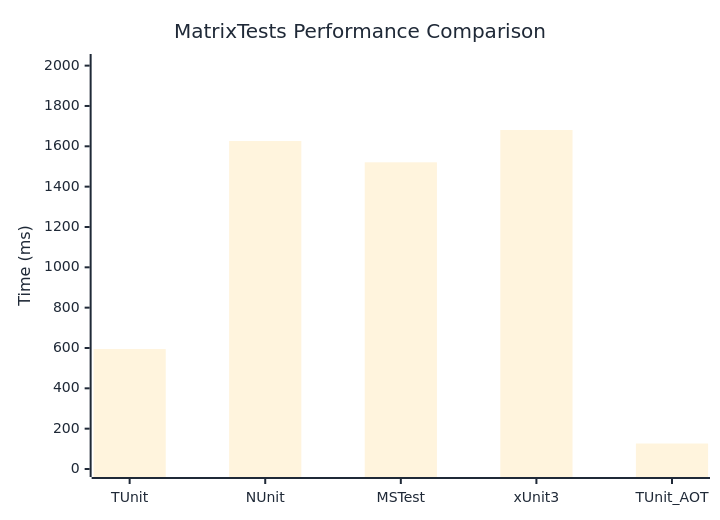
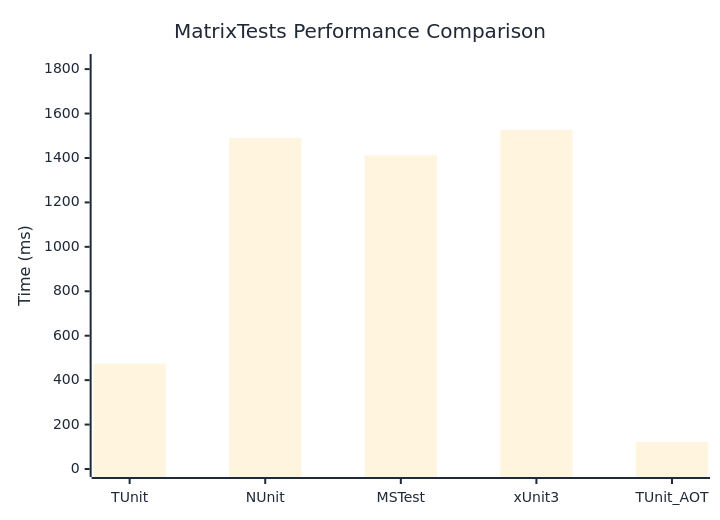
The diagram in docs/docs/benchmarks/MatrixTests.md (thomhurst/TUnit), drawn with Mermaid before and after one commit. The commit also changed other lines of this file and 17 other files, not shown here.

````diff
--- a/docs/docs/benchmarks/MatrixTests.md
+++ b/docs/docs/benchmarks/MatrixTests.md
@@ -27,37 +27,37 @@
 ```mermaid
 %%{init: {
   'theme':'base',
   'themeVariables': {
     'primaryColor': '#2563eb',
     'primaryTextColor': '#1f2937',
     'primaryBorderColor': '#1e40af',
     'lineColor': '#6b7280',
     'secondaryColor': '#7c3aed',
     'tertiaryColor': '#dc2626',
     'background': '#ffffff',
     'mainBkg': '#2563eb',
     'secondBkg': '#7c3aed',
     'tertiaryBkg': '#dc2626',
     'clusterBkg': '#f3f4f6',
     'edgeLabelBackground': '#ffffff',
     'tertiaryTextColor': '#1f2937',
     'pie1': '#2563eb',
     'pie2': '#7c3aed',
     'pie3': '#dc2626',
     'pie4': '#f59e0b',
     'pie5': '#10b981',
     'pie6': '#06b6d4',
     'pie7': '#ec4899',
     'pie8': '#6366f1',
     'pie9': '#84cc16',
     'pie10': '#f97316',
     'pie11': '#14b8a6',
     'pie12': '#a855f7'
   }
 }}%%
 xychart-beta
   title "MatrixTests Performance Comparison"
   x-axis ["TUnit", "NUnit", "MSTest", "xUnit3", "TUnit_AOT"]
-  y-axis "Time (ms)" 0 --> 2018
-  bar [594.7, 1626.3, 1520.6, 1680.9, 126.4]
+  y-axis "Time (ms)" 0 --> 1832
+  bar [474.4, 1489.9, 1411.2, 1526.4, 121.7]
 ```
````
